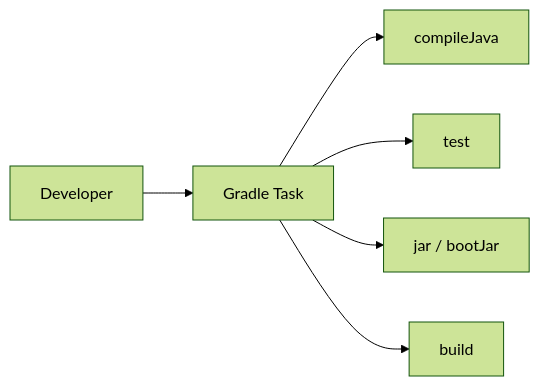
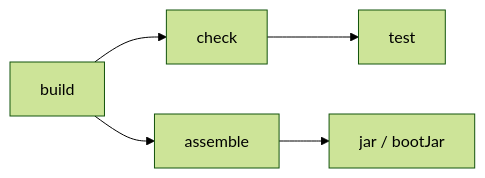
One commit to Team-Microserver/microserver-docs changed the third of 4 diagrams in docs/01_project_start/02_environment/gradle/gradle_setup.md. Above: the diagram before and after it, drawn with Mermaid (forest theme). The commit also changed other lines of this file and 9 other files, not shown here.

````diff
--- a/docs/01_project_start/02_environment/gradle/gradle_setup.md
+++ b/docs/01_project_start/02_environment/gradle/gradle_setup.md
@@ -141,8 +203,7 @@
 ```mermaid
 flowchart LR
-    DEV[Developer] --> TASK[Gradle Task]
-    TASK --> COMPILE[compileJava]
-    TASK --> TEST[test]
-    TASK --> JAR[jar / bootJar]
-    TASK --> BUILD[build]
+    BUILD[build] --> CHECK[check]
+    BUILD --> ASSEMBLE[assemble]
+    CHECK --> TEST[test]
+    ASSEMBLE --> JAR[jar / bootJar]
 ```
````
